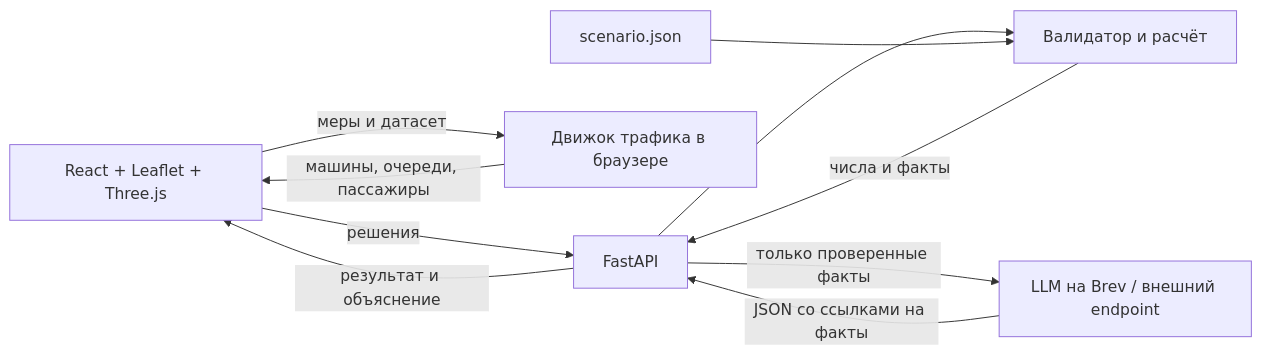
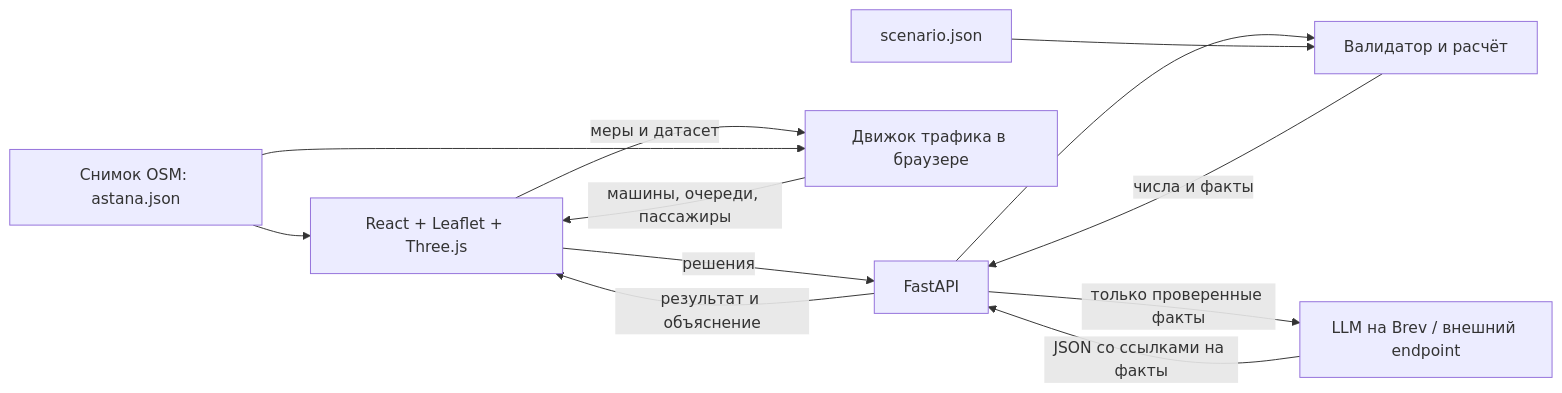
The diagram in docs/architecture.md (BAITC-Hacks/hack-55232f74-projectzero-team), drawn with Mermaid before and after one commit. The commit also changed other lines of this file and 19 other files, not shown here.

````diff
--- a/docs/architecture.md
+++ b/docs/architecture.md
@@ -5,12 +5,14 @@
 ```mermaid
 flowchart LR
     UI[React + Leaflet + Three.js] -->|решения| API[FastAPI]
     UI -->|меры и датасет| Traffic[Движок трафика в браузере]
     Traffic -->|машины, очереди, пассажиры| UI
     API --> Engine[Валидатор и расчёт]
     Data[scenario.json] --> Engine
+    Geo[Снимок OSM: astana.json] --> Traffic
+    Geo --> UI
     Engine -->|числа и факты| API
     API -->|только проверенные факты| LLM[LLM на Brev / внешний endpoint]
     LLM -->|JSON со ссылками на факты| API
     API -->|результат и объяснение| UI
 ```
````
